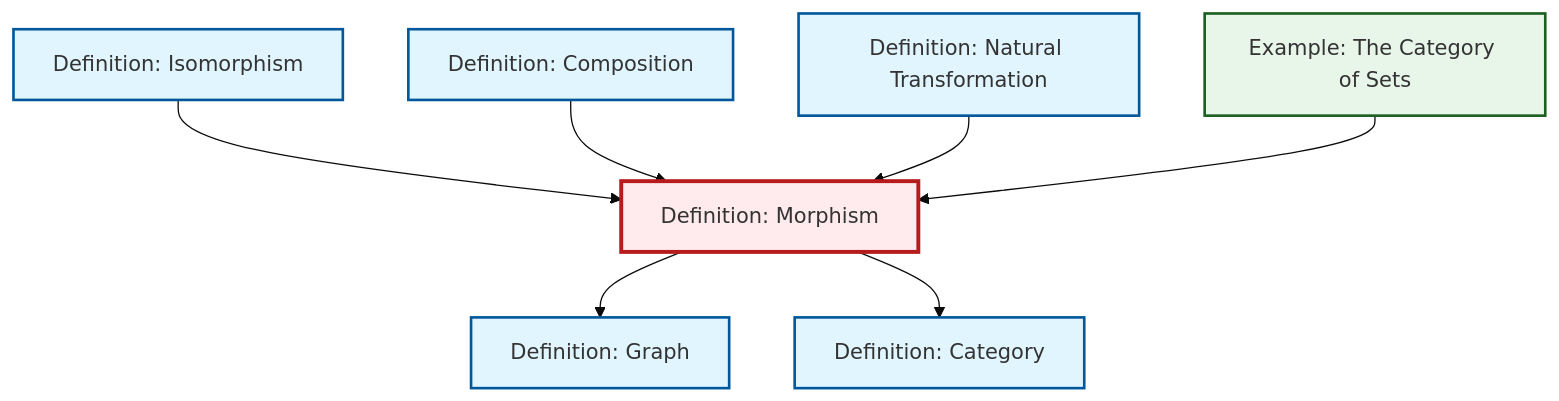
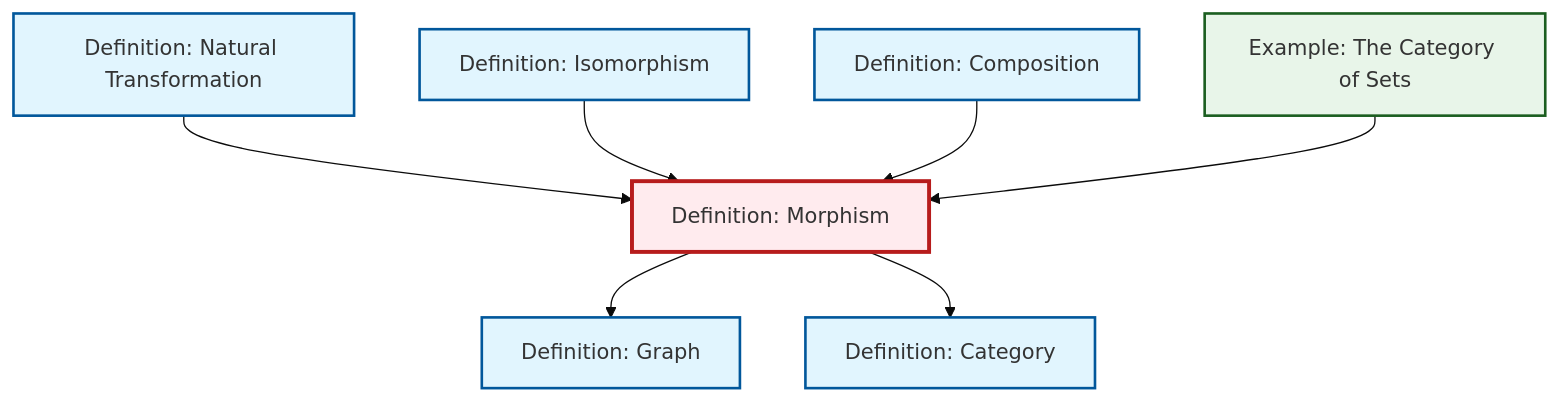
Before and after one commit to RK0429/ModernMath: the diagram in content/ja/category-theory/def-morphism.qmd, drawn with Mermaid (base theme). The commit also changed other lines of this file and 491 other files, not shown here.

````diff
--- a/content/ja/category-theory/def-morphism.qmd
+++ b/content/ja/category-theory/def-morphism.qmd
@@ -57,29 +57,29 @@
 ```{mermaid}
 %%| fig-cap: "Local dependency graph"
 graph TD
     classDef definition fill:#e1f5fe,stroke:#01579b,stroke-width:2px
     classDef theorem fill:#f3e5f5,stroke:#4a148c,stroke-width:2px
     classDef axiom fill:#fff3e0,stroke:#e65100,stroke-width:2px
     classDef example fill:#e8f5e9,stroke:#1b5e20,stroke-width:2px
     classDef current fill:#ffebee,stroke:#b71c1c,stroke-width:3px
+    def-composition["Definition: Composition"]:::definition
+    def-category["Definition: Category"]:::definition
     def-natural-transformation["Definition: Natural Transformation"]:::definition
+    def-morphism["Definition: Morphism"]:::definition
+    def-graph["Definition: Graph"]:::definition
     ex-set-category["Example: The Category of Sets"]:::example
-    def-category["Definition: Category"]:::definition
-    def-morphism["Definition: Morphism"]:::definition
-    def-composition["Definition: Composition"]:::definition
-    def-graph["Definition: Graph"]:::definition
     def-isomorphism["Definition: Isomorphism"]:::definition
+    def-natural-transformation --> def-morphism
+    def-morphism --> def-graph
     def-isomorphism --> def-morphism
     def-composition --> def-morphism
-    def-morphism --> def-graph
-    def-natural-transformation --> def-morphism
     def-morphism --> def-category
     ex-set-category --> def-morphism
     class def-morphism current
+    click def-composition "def-composition.html" "Definition: Compositionへ"
+    click def-category "def-category.html" "Definition: Categoryへ"
     click def-natural-transformation "def-natural-transformation.html" "Definition: Natural Transformationへ"
+    click def-graph "def-graph.html" "Definition: Graphへ"
     click ex-set-category "ex-set-category.html" "Example: The Category of Setsへ"
-    click def-category "def-category.html" "Definition: Categoryへ"
-    click def-composition "def-composition.html" "Definition: Compositionへ"
-    click def-graph "def-graph.html" "Definition: Graphへ"
     click def-isomorphism "def-isomorphism.html" "Definition: Isomorphismへ"
 ```
````
